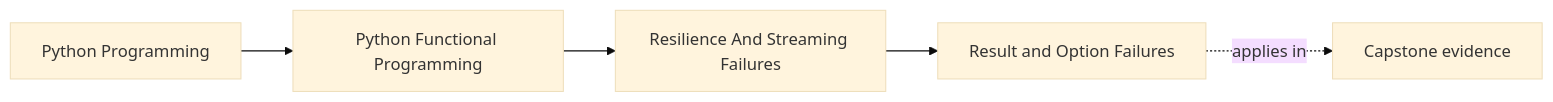
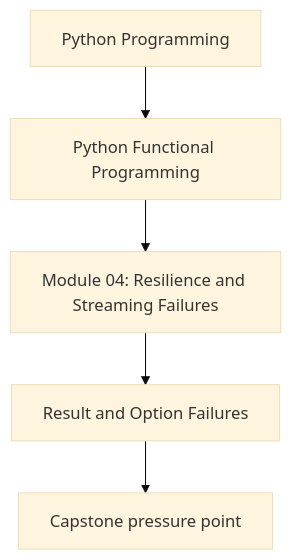
Before and after one commit to bijux/bijux-masterclass: the first of 3 diagrams in programs/python-programming/python-functional-programming/course-book/module-04-resilience-and-streaming-failures/result-and-option-failures.md, drawn with Mermaid (base theme). The commit also changed other lines of this file and 118 other files, not shown here.

Commit message:
docs(python-functional-programming): align concept page diagrams

````diff
--- a/programs/python-programming/python-functional-programming/course-book/module-04-resilience-and-streaming-failures/result-and-option-failures.md
+++ b/programs/python-programming/python-functional-programming/course-book/module-04-resilience-and-streaming-failures/result-and-option-failures.md
@@ -7,11 +7,7 @@
 ```mermaid
-graph LR
-  family["Python Programming"]
-  program["Python Functional Programming"]
-  section["Resilience And Streaming Failures"]
-  page["Result and Option Failures"]
-  capstone["Capstone evidence"]
-
-  family --> program --> section --> page
-  page -.applies in.-> capstone
+flowchart TD
+  family["Python Programming"] --> program["Python Functional Programming"]
+  program --> module["Module 04: Resilience and Streaming Failures"]
+  module --> concept["Result and Option Failures"]
+  concept --> capstone["Capstone pressure point"]
 ```
````
